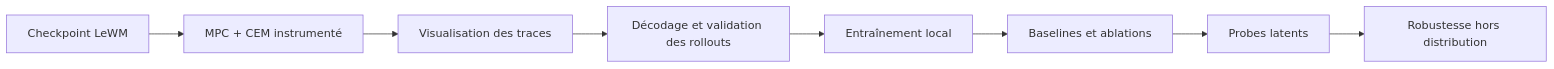
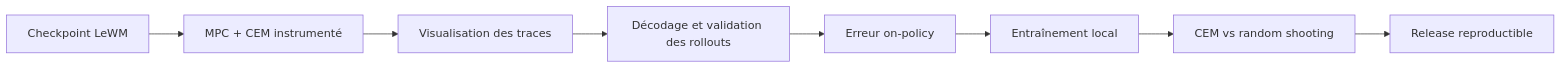
The diagram in README.md (AlexandreEDMOND/lewm-pusht-planning-lab), drawn with Mermaid before and after one commit. The commit also changed other lines of this file and 2 other files, not shown here.

````diff
--- a/README.md
+++ b/README.md
@@ -61,10 +118,10 @@
 ```mermaid
 flowchart LR
     A[Checkpoint LeWM] --> B[MPC + CEM instrumenté]
     B --> C[Visualisation des traces]
     C --> D[Décodage et validation des rollouts]
-    D --> E[Entraînement local]
-    E --> F[Baselines et ablations]
-    F --> G[Probes latents]
-    G --> H[Robustesse hors distribution]
+    D --> E[Erreur on-policy]
+    E --> F[Entraînement local]
+    F --> G[CEM vs random shooting]
+    G --> H[Release reproductible]
 ```
````
